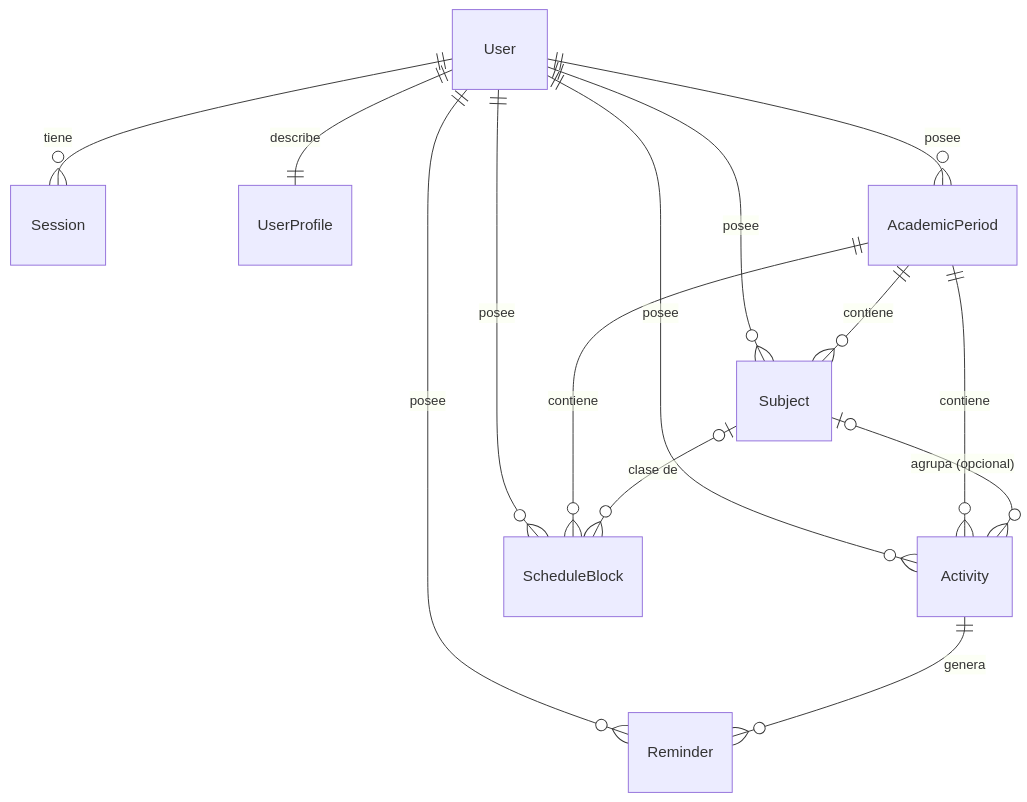
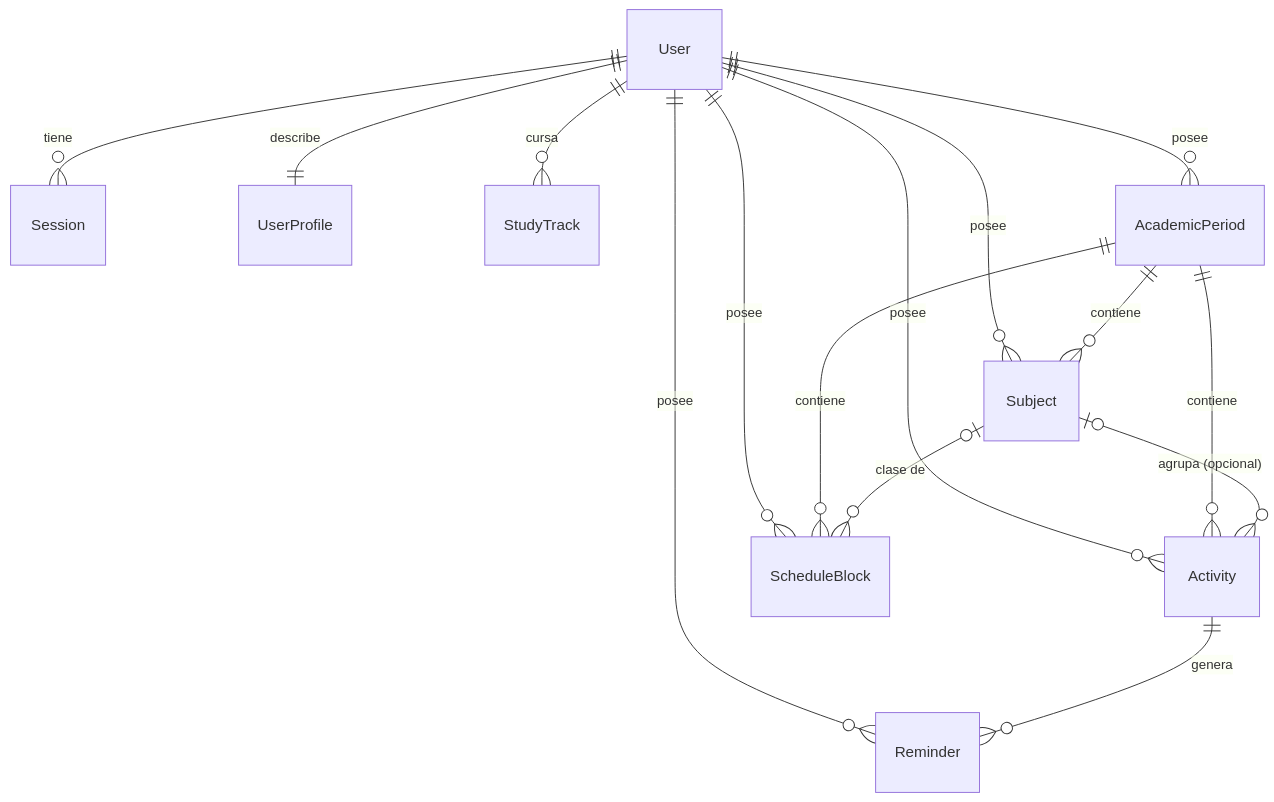
One commit to Maicolfelix/academic-planner changed the diagram in docs/data-model.md. Above: the diagram before and after it, drawn with Mermaid. The commit also changed other lines of this file and 9 other files, not shown here.

First line of the commit message:
docs: StudyTrack foundation (P0.5-1, D31)

````diff
--- a/docs/data-model.md
+++ b/docs/data-model.md
@@ -7,16 +7,17 @@
 ```mermaid
 erDiagram
   User ||--o{ Session : tiene
   User ||--|| UserProfile : describe
+  User ||--o{ StudyTrack : cursa
   User ||--o{ AcademicPeriod : posee
   User ||--o{ Subject : posee
   User ||--o{ Activity : posee
   User ||--o{ ScheduleBlock : posee
   User ||--o{ Reminder : posee
   AcademicPeriod ||--o{ Subject : contiene
   AcademicPeriod ||--o{ ScheduleBlock : contiene
   AcademicPeriod ||--o{ Activity : contiene
   Subject |o--o{ Activity : "agrupa (opcional)"
   Subject |o--o{ ScheduleBlock : "clase de"
   Activity ||--o{ Reminder : genera
 ```
````
